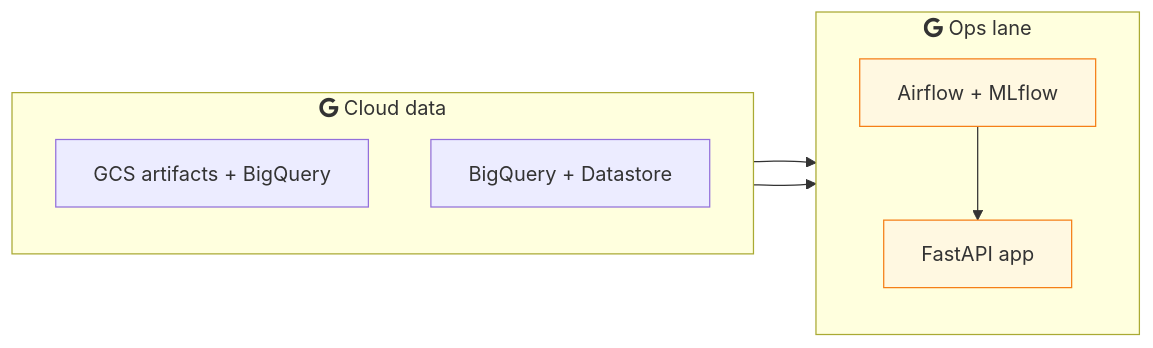
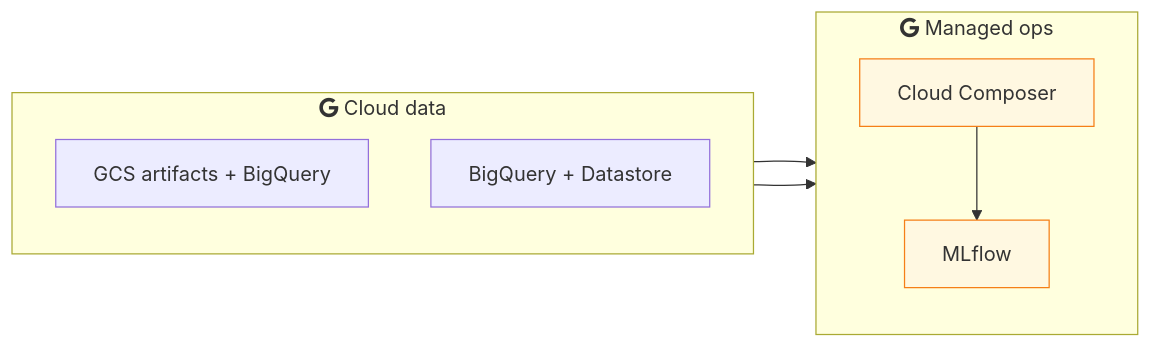
One commit to javihslu/foehncast changed the fourth of 5 diagrams in docs/site/system/architecture.md. Above: the diagram before and after it, drawn with Mermaid. The commit also changed other lines of this file and 7 other files, not shown here.

First line of the commit message:
docs(system): update system pages for GCP-native architecture

```diff
--- a/docs/site/system/architecture.md
+++ b/docs/site/system/architecture.md
@@ -180,21 +178,21 @@
 <div class="mermaid">
 flowchart LR
     classDef data fill:#ececff,stroke:#9370db
     classDef operator fill:#fff8e1,stroke:#f57f17
 
     subgraph DataPlane ["fab:fa-google Cloud data"]
         direction TB
         OPSDATA["GCS artifacts + BigQuery"]:::data
         APPDATA["BigQuery + Datastore"]:::data
     end
 
-    subgraph Host ["fab:fa-google Ops lane"]
+    subgraph ManagedOps ["fab:fa-google Managed ops"]
         direction TB
-        HOPS["Airflow + MLflow"]:::operator
-        HAPI["FastAPI app"]:::operator
-        HOPS --> HAPI
+        CMP["Cloud Composer"]:::operator
+        MLF["MLflow"]:::operator
+        CMP --> MLF
     end
 
-    OPSDATA --> HOPS
-    APPDATA --> HAPI
+    OPSDATA --> CMP
+    APPDATA --> CMP
 </div>
```
